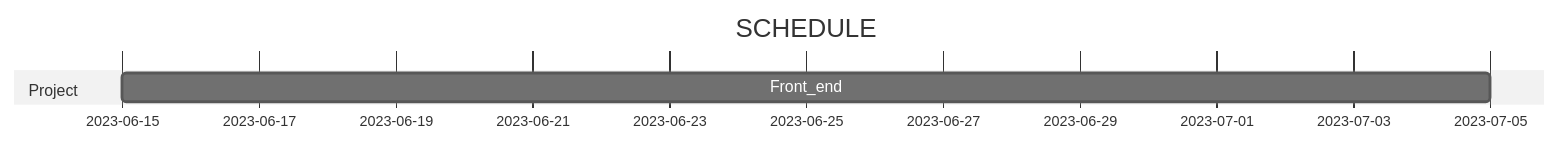
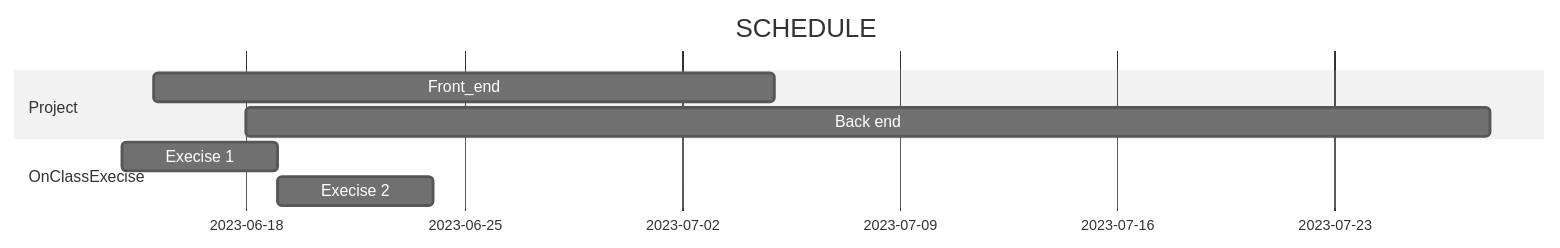
One commit to ocsiker/databaseOnClass changed the diagram in README.md. Above: the diagram before and after it, drawn with Mermaid (neutral theme).

Commit message:
feat(docs): add gantt mermaid onClassExercise

````diff
--- a/README.md
+++ b/README.md
@@ -12,8 +12,13 @@
 ```mermaid
 gantt
 title  SCHEDULE 
 dateFormat  DD-MM-YY 
 section Project
 Front_end: fe, 15-06-23, 20d
+Back end: be, 18-06-23, 40d
+section OnClassExecise
+Execise 1: ex1, 14-06-23, 5d
+Execise 2: after ex1 ex2, 5d
+
 
 ```
````
